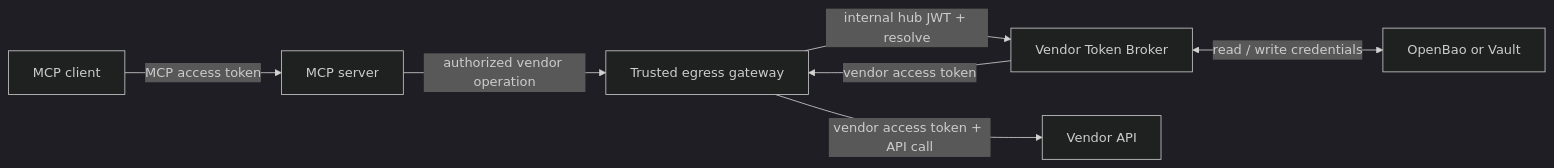
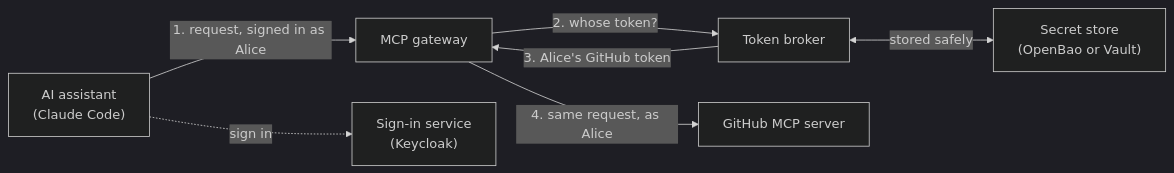
Before and after one commit to chief-builder/vendor-token-broker: the diagram in docs/overview.md, drawn with Mermaid (dark theme). The commit also changed other lines of this file and 14 other files, not shown here.

First line of the commit message:
docs: lead with the MCP gateway and simplify language throughout

````diff
--- a/docs/overview.md
+++ b/docs/overview.md
@@ -21,9 +18,9 @@
 ```mermaid
 flowchart LR
-    C["MCP client"] -->|"MCP access token"| S["MCP server"]
-    S -->|"authorized vendor operation"| G["Trusted egress gateway"]
-    G -->|"internal hub JWT + resolve"| B["Vendor Token Broker"]
-    B -->|"vendor access token"| G
-    G -->|"vendor access token + API call"| V["Vendor API"]
-    B <-->|"read / write credentials"| K["OpenBao or Vault"]
+    C["AI assistant<br/>(Claude Code)"] -->|"1. request, signed in as Alice"| G["MCP gateway"]
+    G -->|"2. whose token?"| B["Token broker"]
+    B -->|"3. Alice's GitHub token"| G
+    G -->|"4. same request, as Alice"| M["GitHub MCP server"]
+    B <-->|"stored safely"| K["Secret store<br/>(OpenBao or Vault)"]
+    C -.->|"sign in"| H["Sign-in service<br/>(Keycloak)"]
 ```
````
